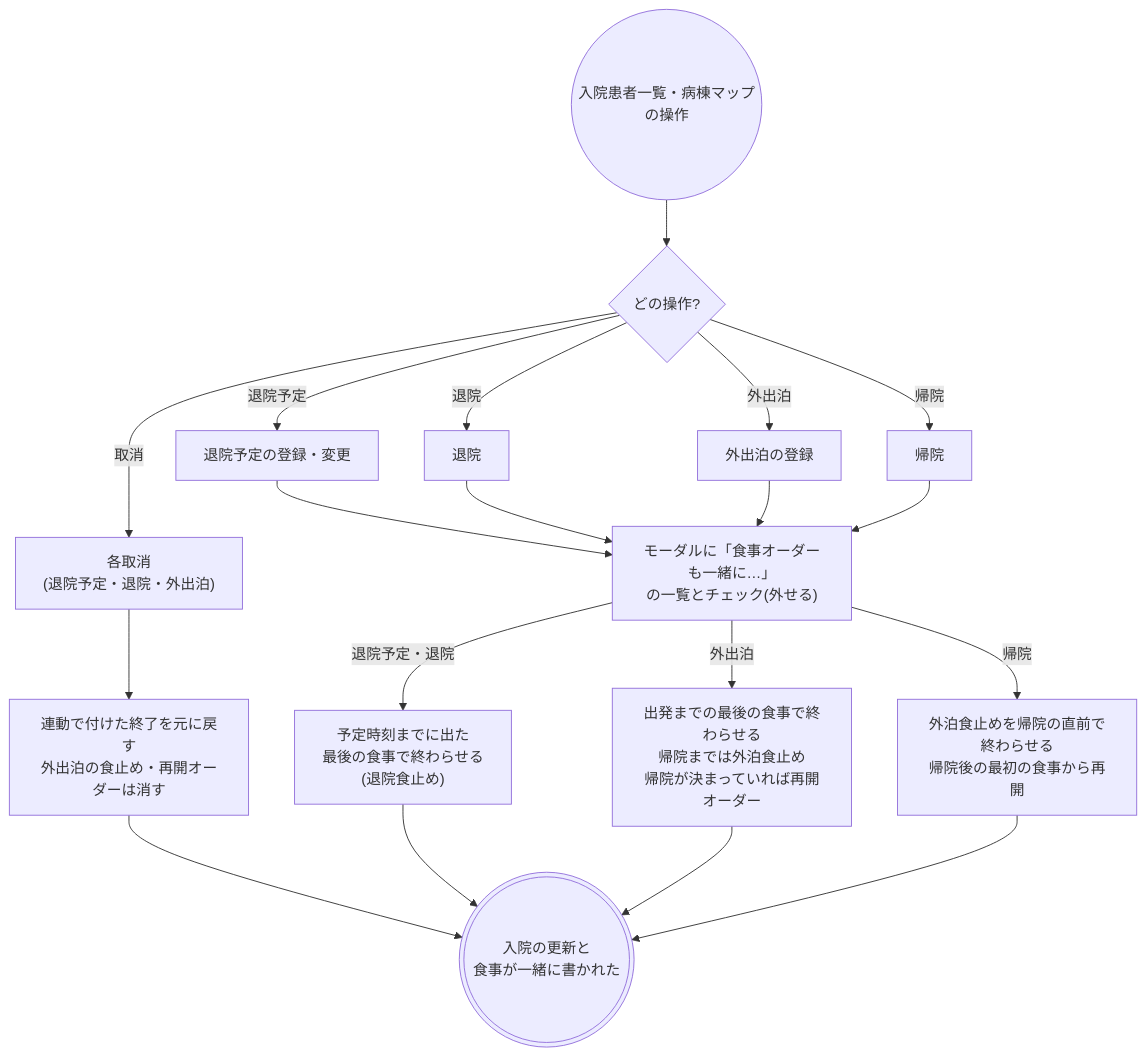
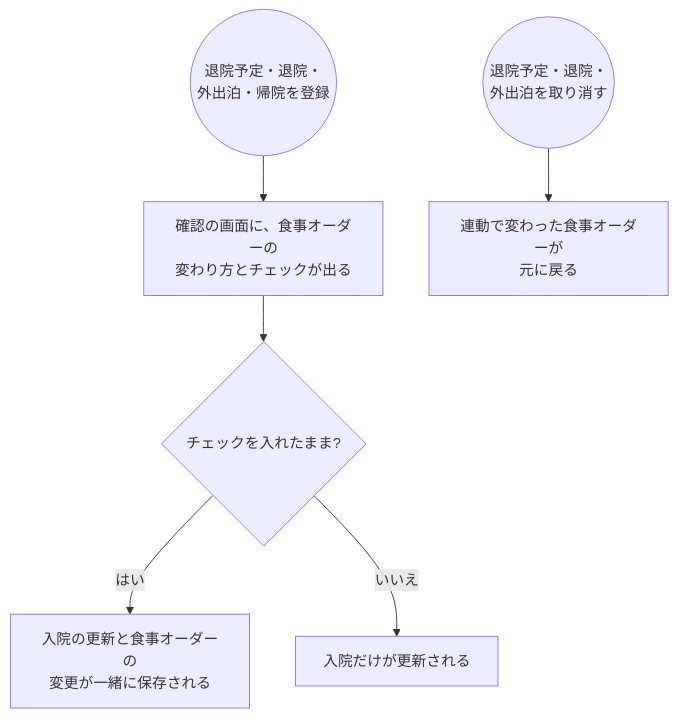
One commit to ysnr-dev/fhir-client-docs changed the fifth of 8 diagrams in docs/flows/meal.md. Above: the diagram before and after it, drawn with Mermaid. The commit also changed other lines of this file and 43 other files, not shown here.

Commit message:
docs: 業務フローとシーケンス図を写し直し

````diff
--- a/docs/flows/meal.md
+++ b/docs/flows/meal.md
@@ -203,26 +236,15 @@
 ```mermaid
 flowchart TD
-  op(("入院患者一覧・病棟マップ<br/>の操作"))
-  what{"どの操作?"}
-  planD["退院予定の登録・変更"]
-  disch["退院"]
-  leaveS["外出泊の登録"]
-  leaveR["帰院"]
-  undo["各取消<br/>(退院予定・退院・外出泊)"]
-  preview["モーダルに「食事オーダーも一緒に…」<br/>の一覧とチェック(外せる)"]
-  stopPlan["予定時刻までに出た<br/>最後の食事で終わらせる<br/>(退院食止め)"]
-  stopLeave["出発までの最後の食事で終わらせる<br/>帰院までは外泊食止め<br/>帰院が決まっていれば再開オーダー"]
-  ret["外泊食止めを帰院の直前で終わらせる<br/>帰院後の最初の食事から再開"]
-  restore["連動で付けた終了を元に戻す<br/>外出泊の食止め・再開オーダーは消す"]
-  done((("入院の更新と<br/>食事が一緒に書かれた")))
+  op(("退院予定・退院・<br/>外出泊・帰院を登録"))
+  preview["確認の画面に、食事オーダーの<br/>変わり方とチェックが出る"]
+  checked{"チェックを入れたまま?"}
+  both["入院の更新と食事オーダーの<br/>変更が一緒に保存される"]
+  only["入院だけが更新される"]
+  cancel(("退院予定・退院・<br/>外出泊を取り消す"))
+  restore["連動で変わった食事オーダーが<br/>元に戻る"]
 
-  op --> what
-  what -- "退院予定" --> planD --> preview
-  what -- "退院" --> disch --> preview
-  what -- "外出泊" --> leaveS --> preview
-  what -- "帰院" --> leaveR --> preview
-  what -- "取消" --> undo --> restore --> done
-  preview -- "退院予定・退院" --> stopPlan --> done
-  preview -- "外出泊" --> stopLeave --> done
-  preview -- "帰院" --> ret --> done
+  op --> preview --> checked
+  checked -- "はい" --> both
+  checked -- "いいえ" --> only
+  cancel --> restore
 ```
````
